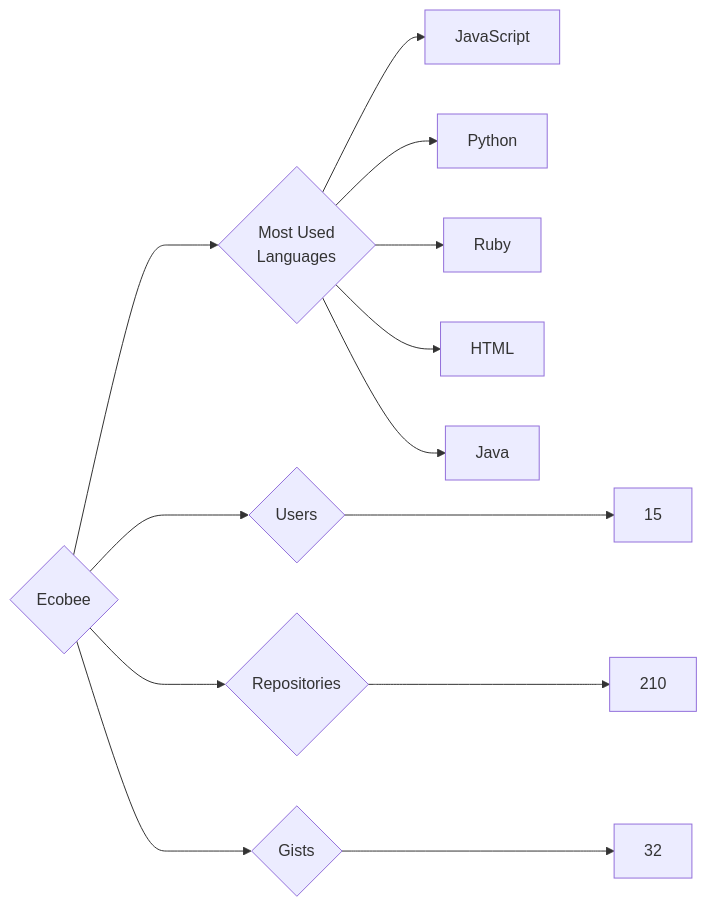
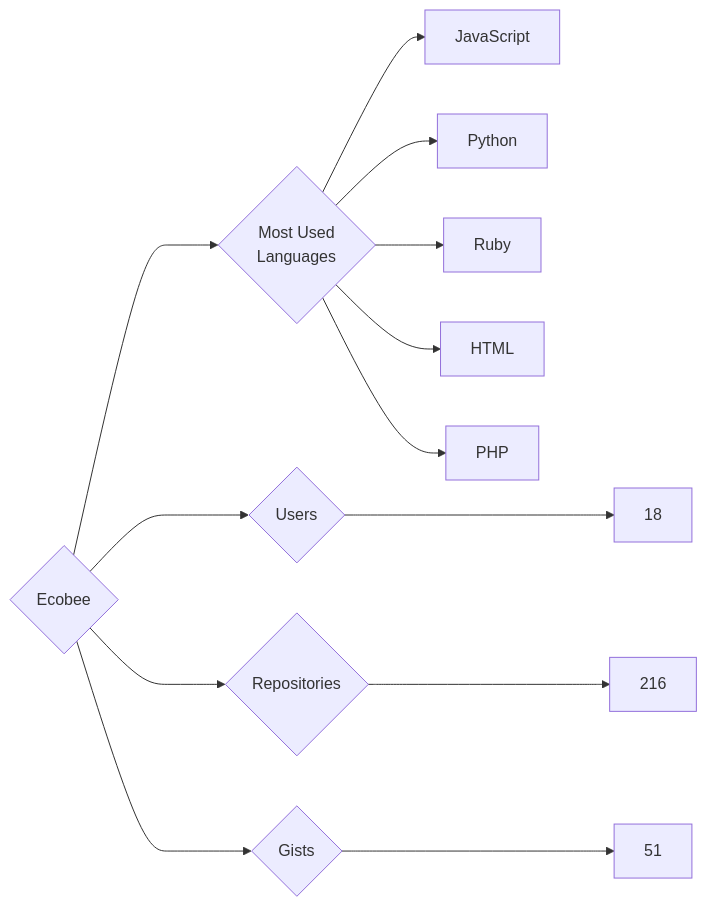
Before and after one commit to trickest/insiders: the diagram in targets/Ecobee/README.md, drawn with Mermaid. The commit also changed 757 other files, not shown here.

````diff
--- a/targets/Ecobee/README.md
+++ b/targets/Ecobee/README.md
@@ -3,13 +3,13 @@
 ```mermaid
 graph LR
 COMPANY_NAME{Ecobee}
-COMPANY_NAME ---> U{Users} ---> UN[15]
-COMPANY_NAME ---> R{Repositories} ---> RN[210]
-COMPANY_NAME ---> G{Gists} ---> GN[32]
+COMPANY_NAME ---> U{Users} ---> UN[18]
+COMPANY_NAME ---> R{Repositories} ---> RN[216]
+COMPANY_NAME ---> G{Gists} ---> GN[51]
 COMPANY_NAME ---> ML{Most Used<br>Languages}
 ML --> JavaScript[JavaScript]
 ML --> Python[Python]
 ML --> Ruby[Ruby]
 ML --> HTML[HTML]
-ML --> Java[Java]
+ML --> PHP[PHP]
 ```
````
